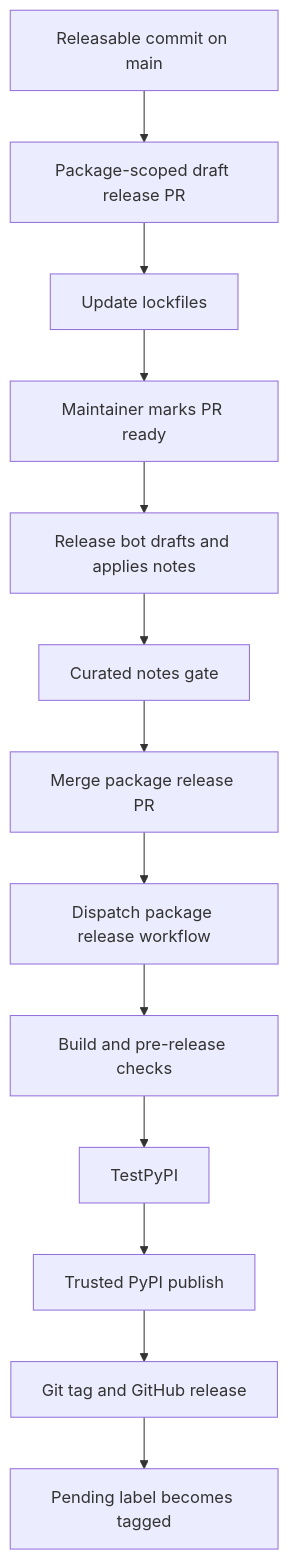
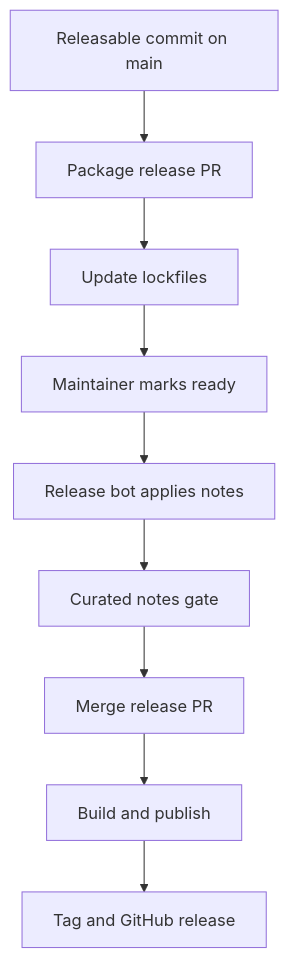
Before and after one commit to langchain-ai/deepagents: the second of 2 diagrams in openwiki/operations/development.md, drawn with Mermaid. The commit also changed other lines of this file and 11 other files, not shown here.

````diff
--- a/openwiki/operations/development.md
+++ b/openwiki/operations/development.md
@@ -185,15 +198,11 @@
 ```mermaid
 flowchart TD
-    Land["Releasable commit on main"] --> Draft["Package-scoped draft release PR"]
+    Land["Releasable commit on main"] --> Draft["Package release PR"]
     Draft --> Locks["Update lockfiles"]
-    Locks --> Ready["Maintainer marks PR ready"]
-    Ready --> Curate["Release bot drafts and applies notes"]
-    Curate --> NotesGate["Curated notes gate"]
-    NotesGate --> Merge["Merge package release PR"]
-    Merge --> Dispatch["Dispatch package release workflow"]
-    Dispatch --> Build["Build and pre-release checks"]
-    Build --> TestPyPI["TestPyPI"]
-    TestPyPI --> PyPI["Trusted PyPI publish"]
-    PyPI --> Tag["Git tag and GitHub release"]
-    Tag --> Label["Pending label becomes tagged"]
+    Locks --> Ready["Maintainer marks ready"]
+    Ready --> Curate["Release bot applies notes"]
+    Curate --> Gate["Curated notes gate"]
+    Gate --> Merge["Merge release PR"]
+    Merge --> Publish["Build and publish"]
+    Publish --> Tag["Tag and GitHub release"]
 ```
````
